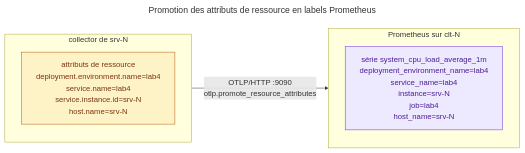
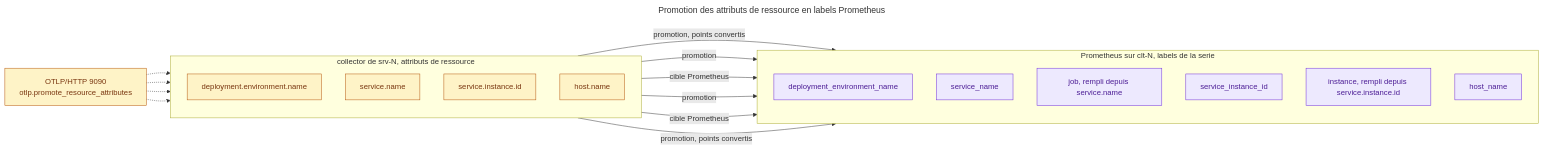
Diagram 12 of 14 in Lab_04_Ansible_Jinja2.md (pragmatic-fermat/opentelemetry-labs), drawn with Mermaid before and after one commit. The commit also changed other lines of this file, not shown here.

First line of the commit message:
lab 4 : reprise des schemas Mermaid et ajouts pour la comprehension

````diff
--- a/Lab_04_Ansible_Jinja2.md
+++ b/Lab_04_Ansible_Jinja2.md
@@ -1186,23 +1324,41 @@
 ```mermaid
 ---
 title: Promotion des attributs de ressource en labels Prometheus
 ---
 flowchart LR
-  subgraph C["collector de srv-N"]
+  subgraph C["collector de srv-N, attributs de ressource"]
     direction TB
-    R["attributs de ressource<br/>deployment.environment.name=lab4<br/>service.name=lab4<br/>service.instance.id=srv-N<br/>host.name=srv-N"]
+    A1["deployment.environment.name"]
+    A2["service.name"]
+    A3["service.instance.id"]
+    A4["host.name"]
   end
 
-  subgraph P["Prometheus sur clt-N"]
+  subgraph P["Prometheus sur clt-N, labels de la serie"]
     direction TB
-    L["série system_cpu_load_average_1m<br/>deployment_environment_name=lab4<br/>service_name=lab4<br/>instance=srv-N<br/>job=lab4<br/>host_name=srv-N"]
+    L1["deployment_environment_name"]
+    L2["service_name"]
+    L3["job, rempli depuis service.name"]
+    L4["service_instance_id"]
+    L5["instance, rempli depuis service.instance.id"]
+    L6["host_name"]
   end
 
-  R -->|"OTLP/HTTP :9090<br/>otlp.promote_resource_attributes"| L
+  A1 -->|"promotion, points convertis"| L1
+  A2 -->|"promotion"| L2
+  A2 -->|"cible Prometheus"| L3
+  A3 -->|"promotion"| L4
+  A3 -->|"cible Prometheus"| L5
+  A4 -->|"promotion, points convertis"| L6
+
+  OTLP["OTLP/HTTP 9090<br/>otlp.promote_resource_attributes"] -.-> A1
+  OTLP -.-> A2
+  OTLP -.-> A3
+  OTLP -.-> A4
 
   classDef col fill:#fef3c7,stroke:#b45309,color:#78350f
   classDef back fill:#ede9fe,stroke:#6d28d9,color:#4c1d95
 
-  class R col
-  class L back
+  class A1,A2,A3,A4,OTLP col
+  class L1,L2,L3,L4,L5,L6 back
 ```
````
